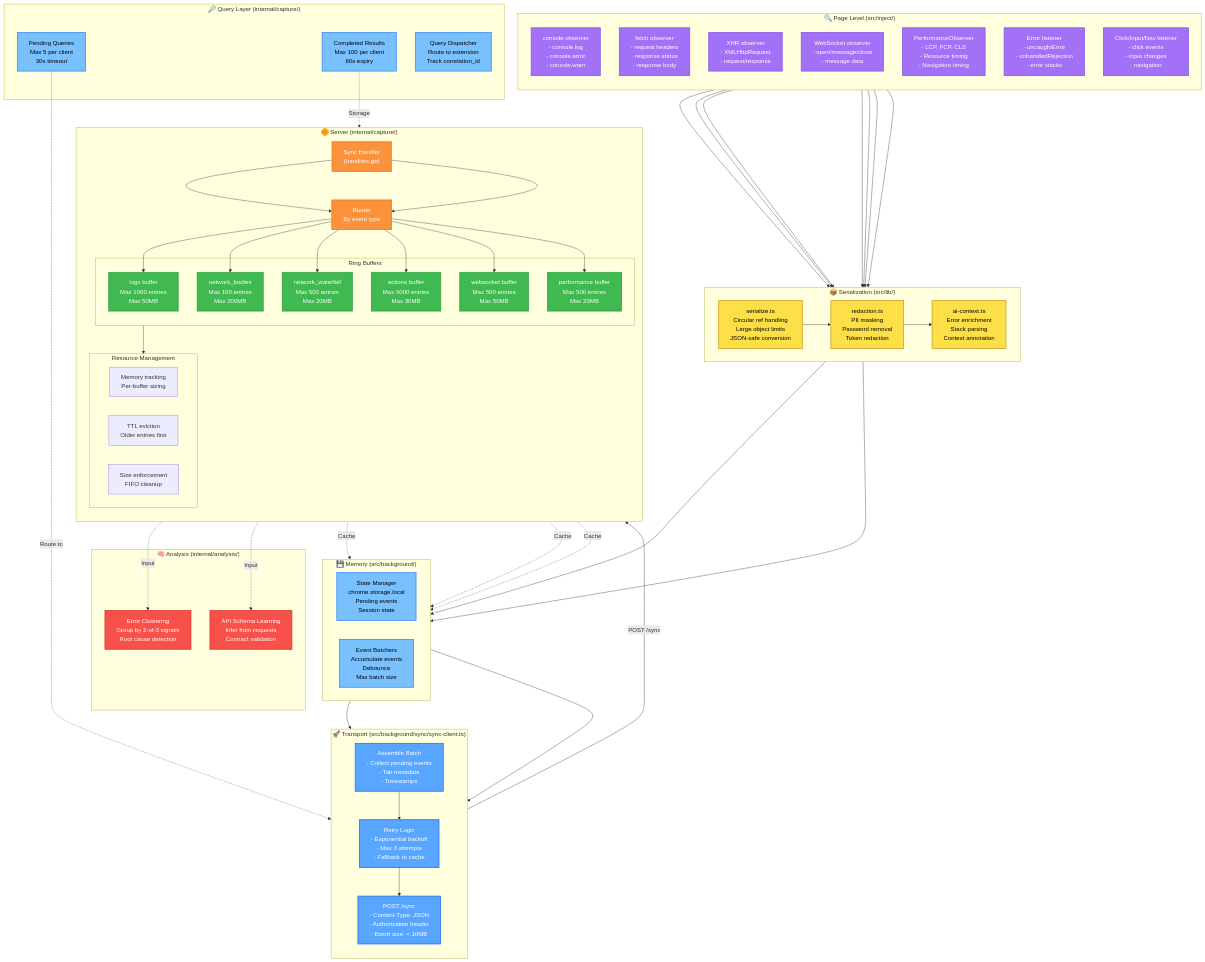
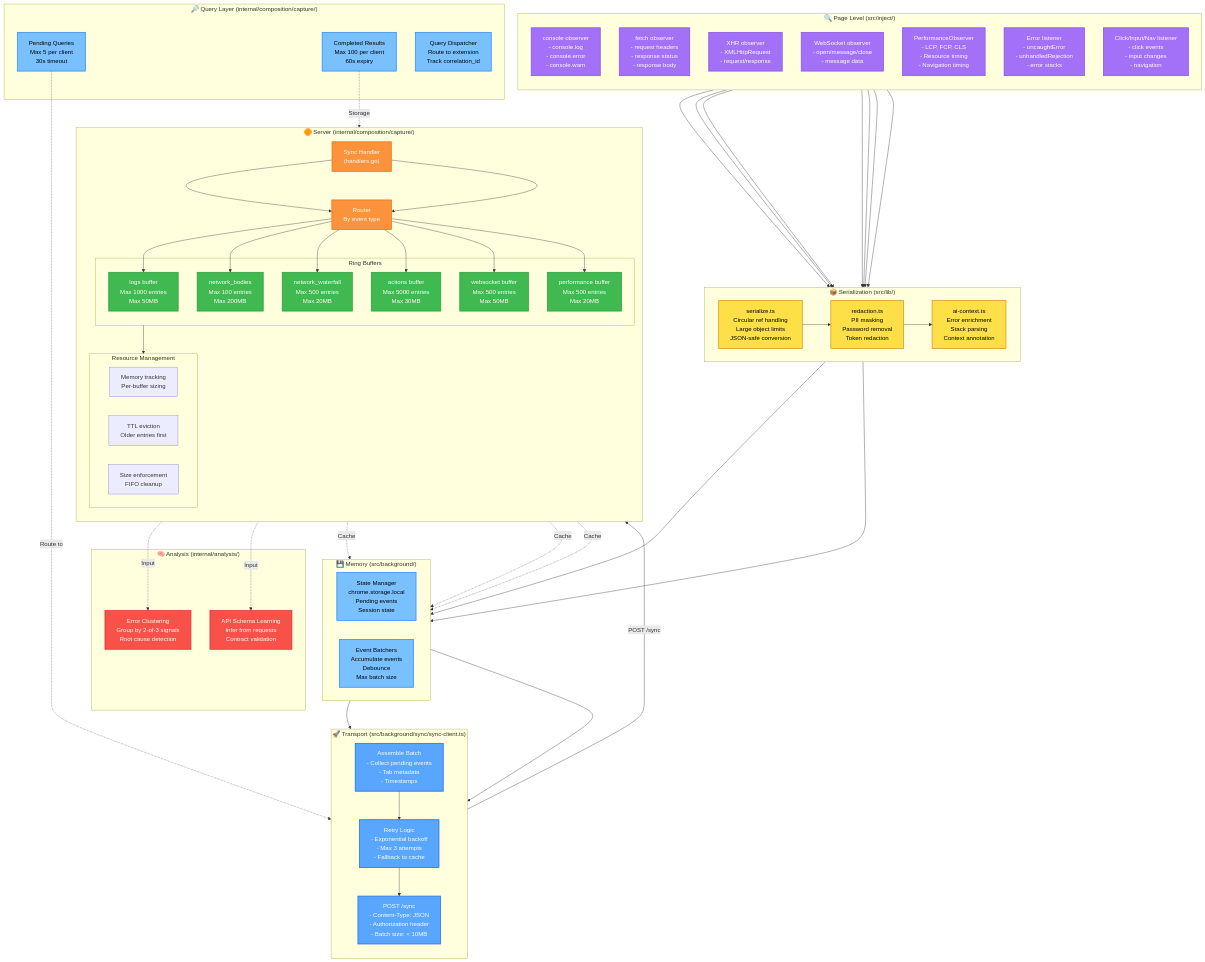
The first of 3 diagrams in docs/architecture/diagrams/data-capture-pipeline.md (brennhill/Kaboom-Browser-AI-Devtools-MCP), drawn with Mermaid before and after one commit. The commit also changed other lines of this file and 2067 other files, not shown here.

```diff
--- a/docs/architecture/diagrams/data-capture-pipeline.md
+++ b/docs/architecture/diagrams/data-capture-pipeline.md
@@ -49,7 +49,7 @@
         HTTPPost["POST /sync<br/>- Content-Type: JSON<br/>- Authorization header<br/>- Batch size: < 10MB"]
     end
 
-    subgraph ServerSide["🟠 Server (internal/capture/)"]
+    subgraph ServerSide["🟠 Server (internal/composition/capture/)"]
         direction TB
         SyncHandler["Sync Handler<br/>(handlers.go)"]
         Router["Router<br/>By event type"]
@@ -80,7 +80,7 @@
         Buffers --> Management
     end
 
-    subgraph Queries["🔎 Query Layer (internal/capture/)"]
+    subgraph Queries["🔎 Query Layer (internal/composition/capture/)"]
         PendingQueries["Pending Queries<br/>Max 5 per client<br/>30s timeout"]
         CompletedResults["Completed Results<br/>Max 100 per client<br/>60s expiry"]
         Dispatcher["Query Dispatcher<br/>Route to extension<br/>Track correlation_id"]
```
